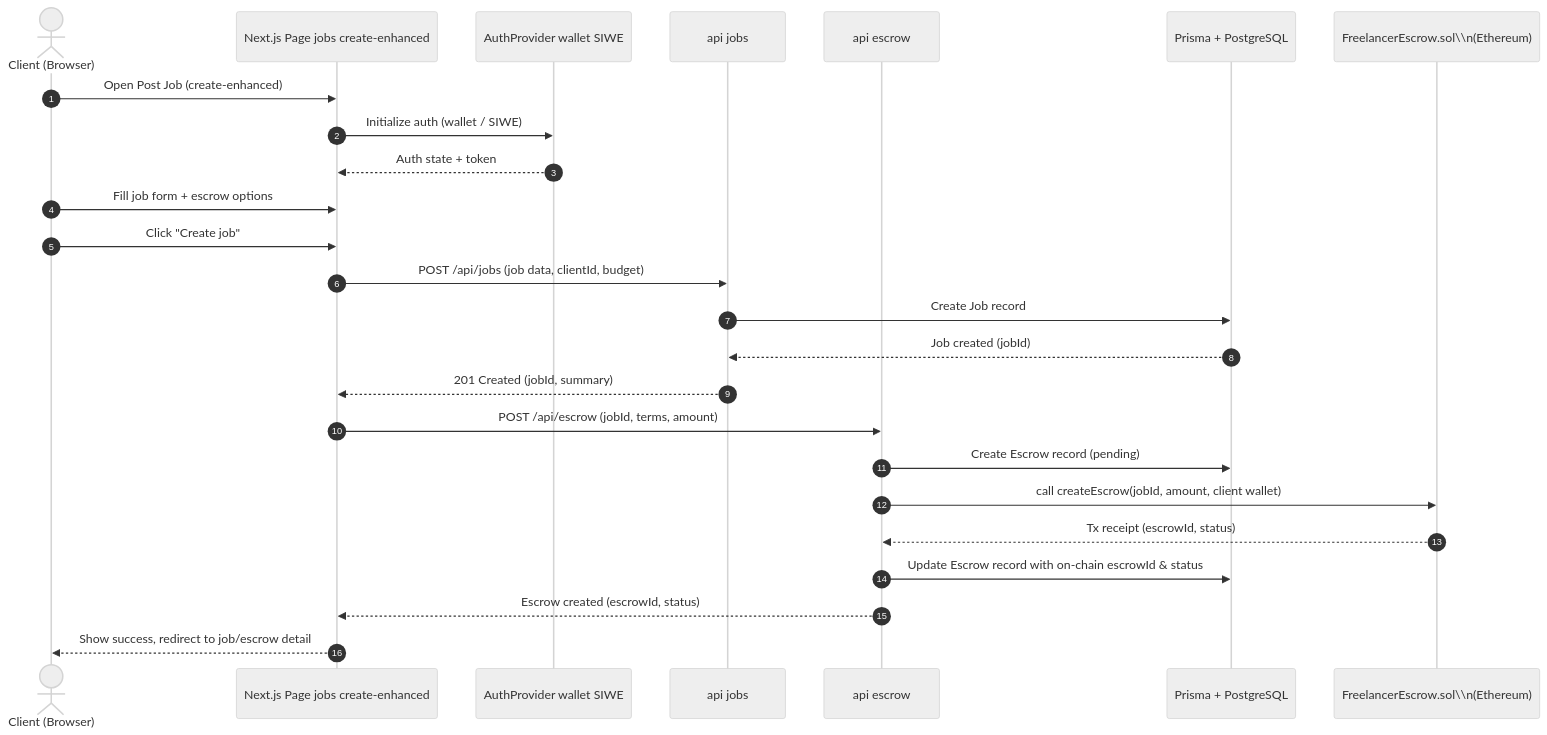
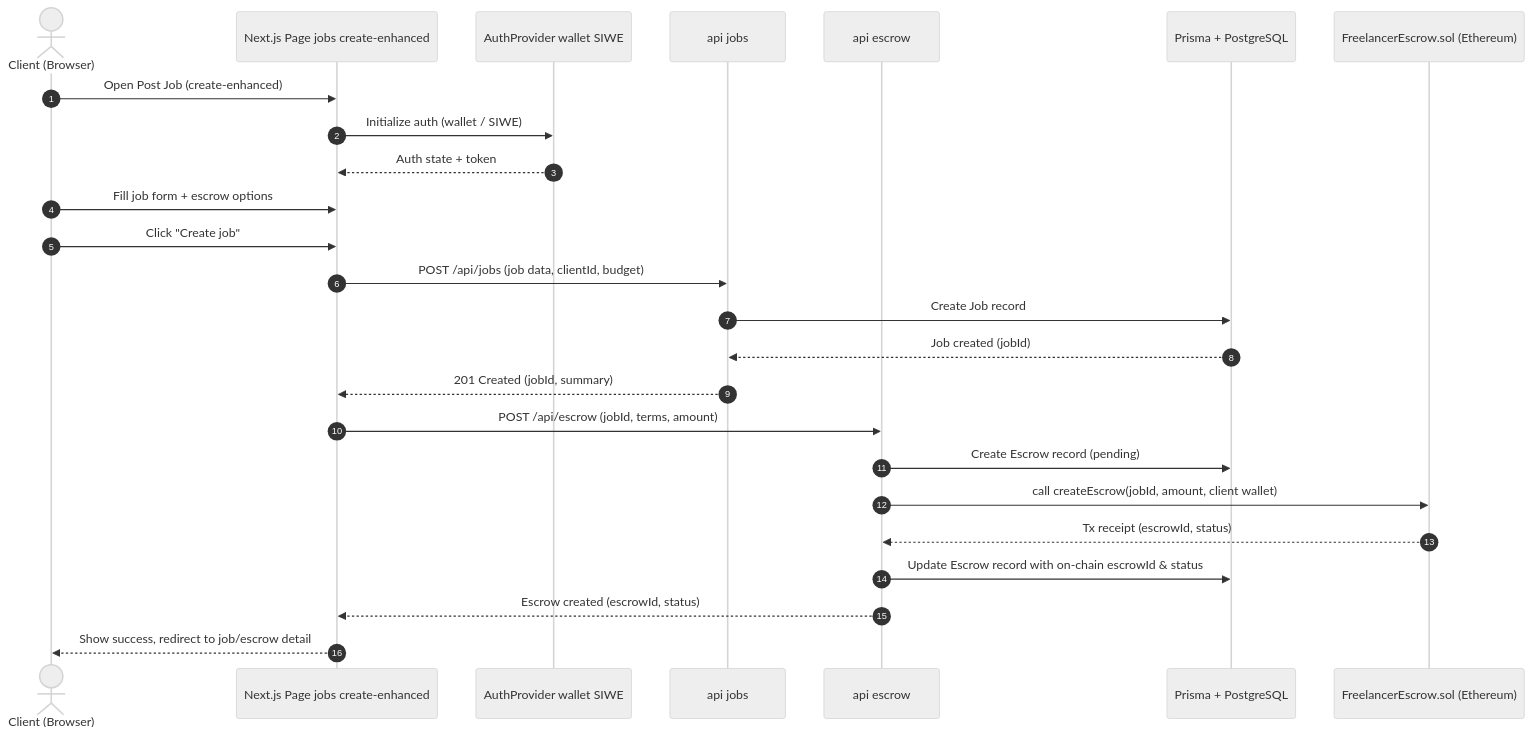
Before and after one commit to VoTeXG/freelancer_and_job_hunting_website: the eighth of 10 diagrams in docs/DIAGRAMS.md, drawn with Mermaid (neutral theme). The commit also changed other lines of this file, not shown here.

Commit message:
Fix remaining Mermaid syntax issues in DIAGRAMS.md

````diff
--- a/docs/DIAGRAMS.md
+++ b/docs/DIAGRAMS.md
@@ -246,33 +246,33 @@
 ```mermaid
 sequenceDiagram
     autonumber
     actor ClientUser as Client (Browser)
   participant NextPage as Next.js Page jobs create-enhanced
   participant AuthProv as AuthProvider wallet SIWE
   participant JobsAPI as api jobs
   participant EscrowAPI as api escrow
     participant Prisma as Prisma + PostgreSQL
-    participant EscrowSC as FreelancerEscrow.sol\\n(Ethereum)
+    participant EscrowSC as FreelancerEscrow.sol (Ethereum)
 
     ClientUser->>NextPage: Open Post Job (create-enhanced)
     NextPage->>AuthProv: Initialize auth (wallet / SIWE)
     AuthProv-->>NextPage: Auth state + token
 
     ClientUser->>NextPage: Fill job form + escrow options
     ClientUser->>NextPage: Click "Create job"
 
     NextPage->>JobsAPI: POST /api/jobs (job data, clientId, budget)
     JobsAPI->>Prisma: Create Job record
     Prisma-->>JobsAPI: Job created (jobId)
     JobsAPI-->>NextPage: 201 Created (jobId, summary)
 
     NextPage->>EscrowAPI: POST /api/escrow (jobId, terms, amount)
     EscrowAPI->>Prisma: Create Escrow record (pending)
     EscrowAPI->>EscrowSC: call createEscrow(jobId, amount, client wallet)
     EscrowSC-->>EscrowAPI: Tx receipt (escrowId, status)
 
     EscrowAPI->>Prisma: Update Escrow record with on-chain escrowId & status
     EscrowAPI-->>NextPage: Escrow created (escrowId, status)
 
     NextPage-->>ClientUser: Show success, redirect to job/escrow detail
 ```
````
